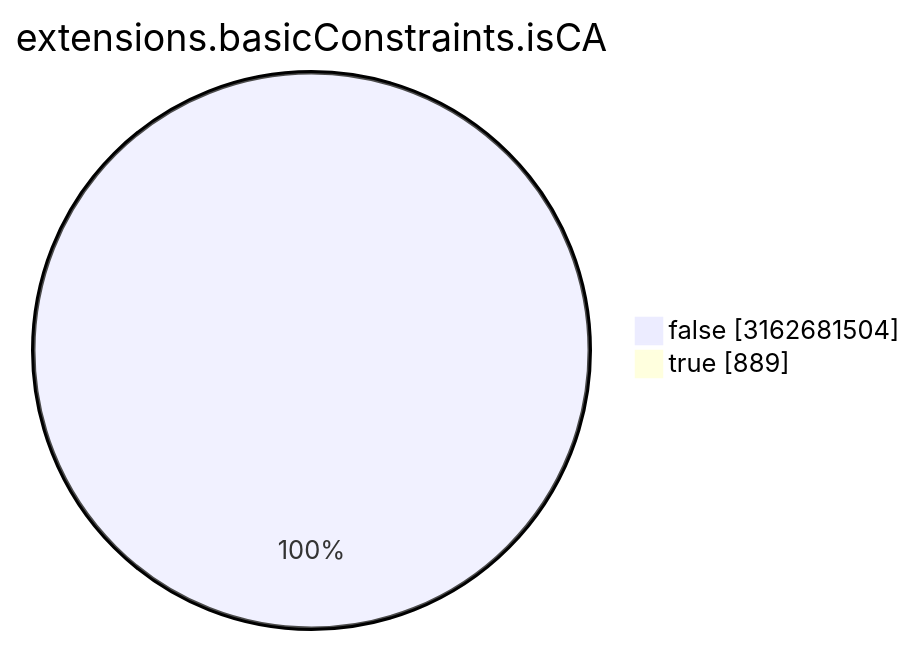
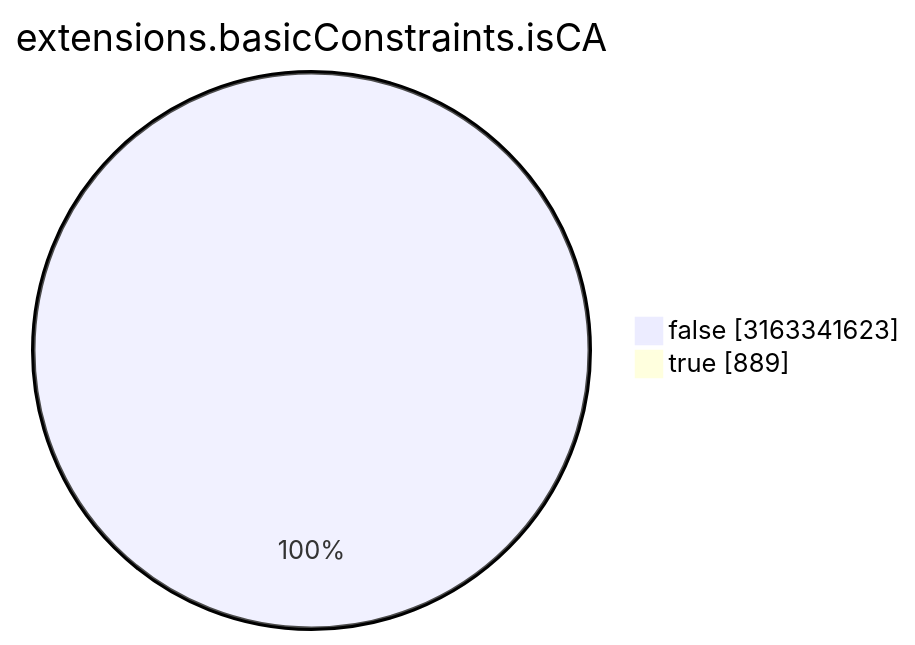
Before and after one commit to christiankrug/ctmonitor_visualization: the seventh of 15 diagrams in TOTAL/README.md, drawn with Mermaid. The commit also changed other lines of this file, not shown here.

````diff
--- a/TOTAL/README.md
+++ b/TOTAL/README.md
@@ -3088,6 +3088,6 @@
 ```mermaid
 pie showData
 title extensions.basicConstraints.isCA
-"false" :3162681504
+"false" :3163341623
 "true" :889
 ```
````
